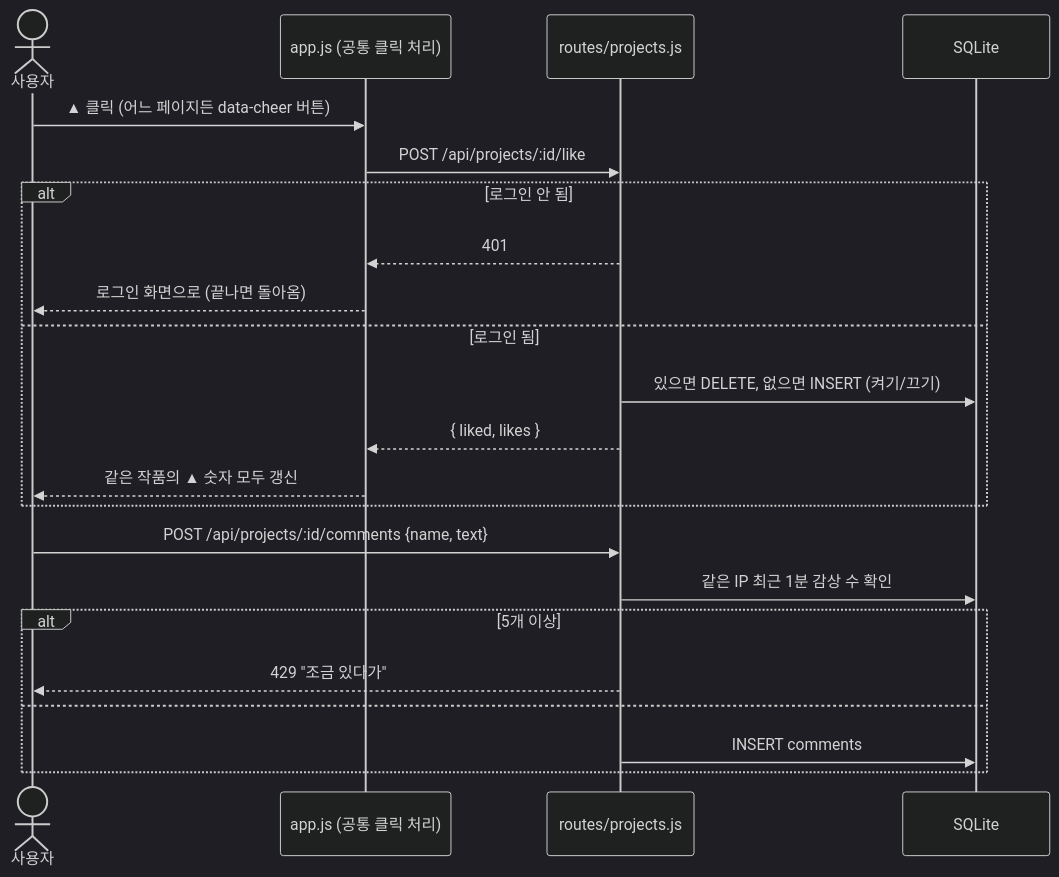
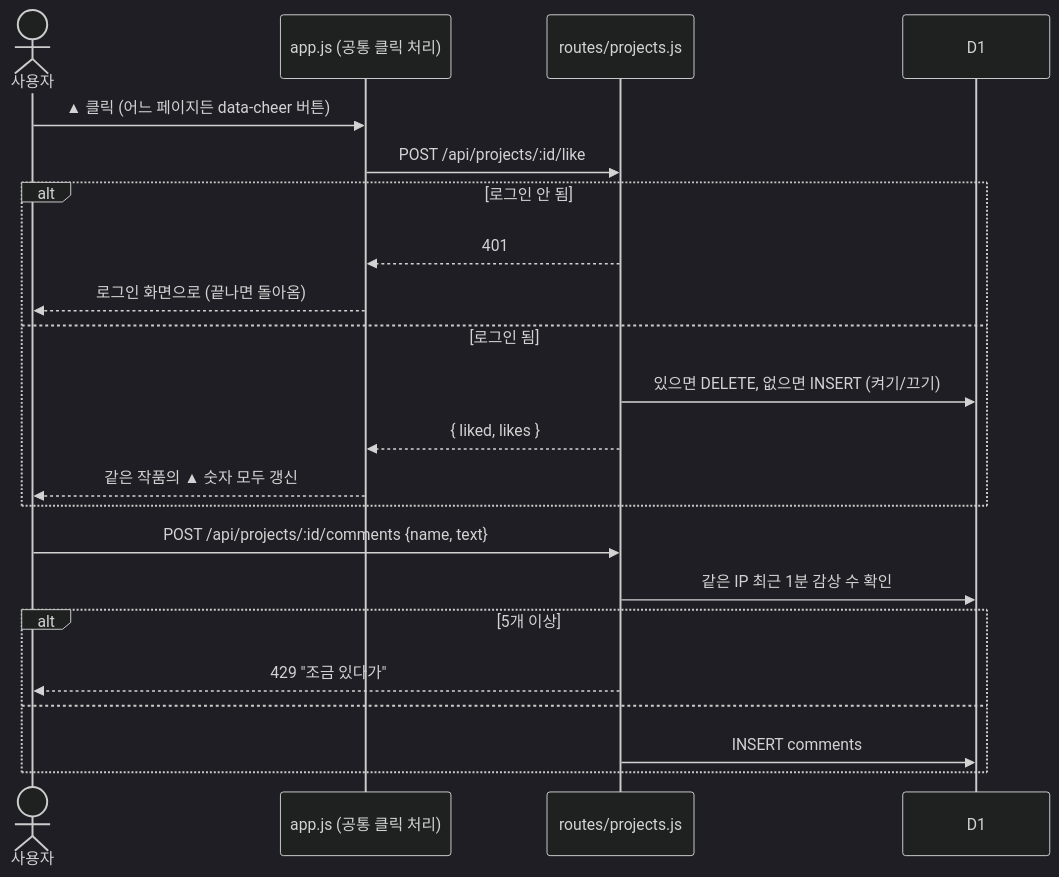
The fifth of 8 diagrams in docs/WORKFLOW.md (10x4hs/p-art), drawn with Mermaid (dark theme) before and after one commit. The commit also changed other lines of this file and 5 other files, not shown here.

````diff
--- a/docs/WORKFLOW.md
+++ b/docs/WORKFLOW.md
@@ -127,26 +138,26 @@
 ```mermaid
 sequenceDiagram
   actor U as 사용자
   participant APP as app.js (공통 클릭 처리)
   participant P as routes/projects.js
-  participant DB as SQLite
+  participant DB as D1
 
   U->>APP: ▲ 클릭 (어느 페이지든 data-cheer 버튼)
   APP->>P: POST /api/projects/:id/like
   alt 로그인 안 됨
     P-->>APP: 401
     APP-->>U: 로그인 화면으로 (끝나면 돌아옴)
   else 로그인 됨
     P->>DB: 있으면 DELETE, 없으면 INSERT (켜기/끄기)
     P-->>APP: { liked, likes }
     APP-->>U: 같은 작품의 ▲ 숫자 모두 갱신
   end
 
   U->>P: POST /api/projects/:id/comments {name, text}
   P->>DB: 같은 IP 최근 1분 감상 수 확인
   alt 5개 이상
     P-->>U: 429 "조금 있다가"
   else
     P->>DB: INSERT comments
   end
 ```
````
